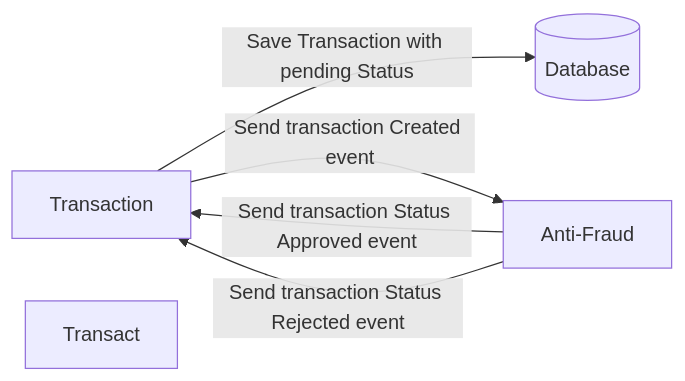
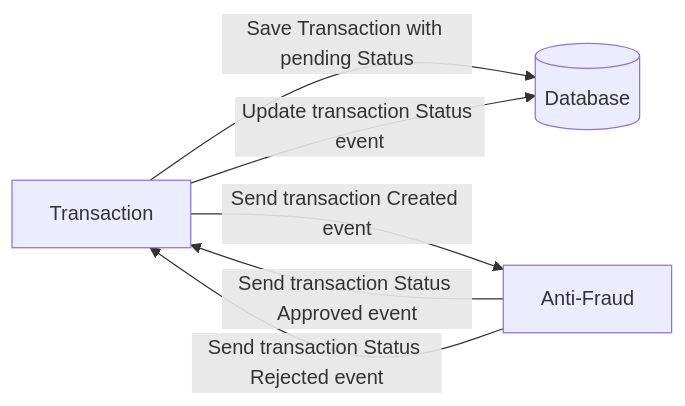
The diagram in transactions-microservice/README.md (yaperos/app-nodejs-codechallenge), drawn with Mermaid before and after one commit. The commit also changed other lines of this file and 2 other files, not shown here.

````diff
--- a/transactions-microservice/README.md
+++ b/transactions-microservice/README.md
@@ -11,8 +11,8 @@
 ```mermaid
   flowchart LR
     Transaction -- Save Transaction with pending Status --> transactionDatabase[(Database)]
     Transaction --Send transaction Created event--> Anti-Fraud
     Anti-Fraud -- Send transaction Status Approved event--> Transaction
     Anti-Fraud -- Send transaction Status Rejected event--> Transaction
-    Transact
+    Transaction -- Update transaction Status event--> transactionDatabase[(Database)]
 ```
````
